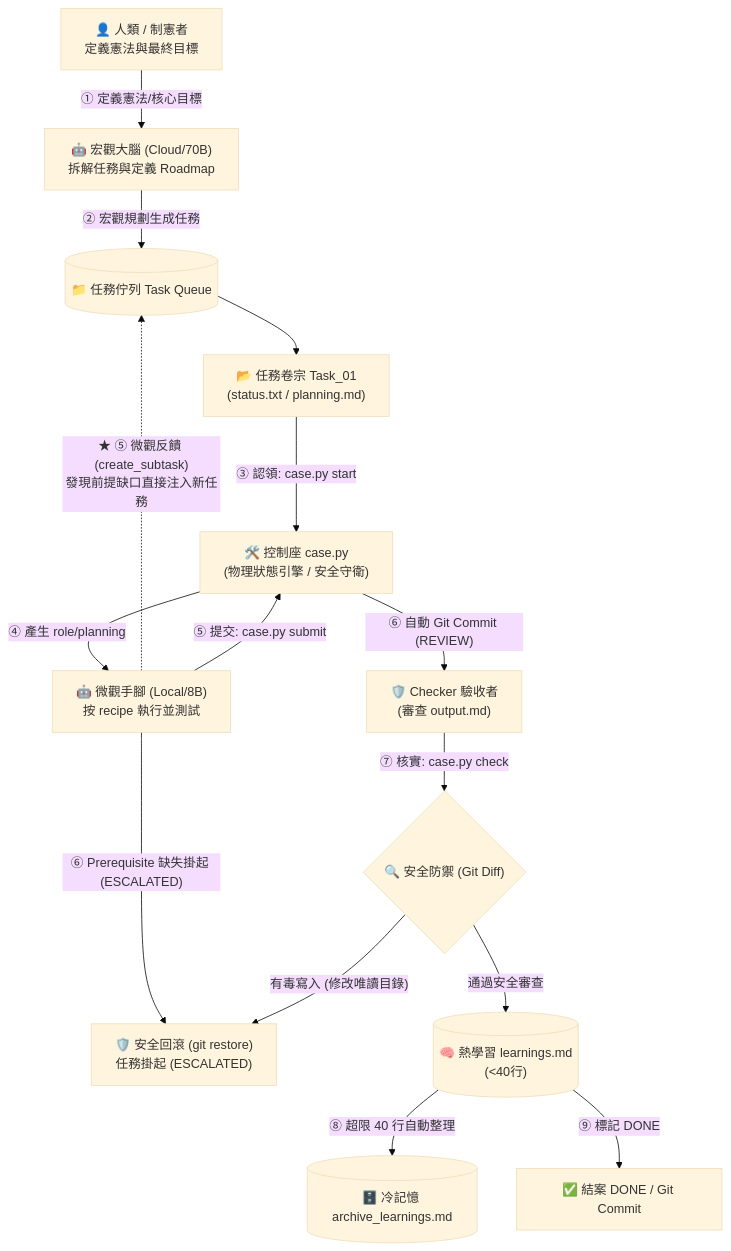
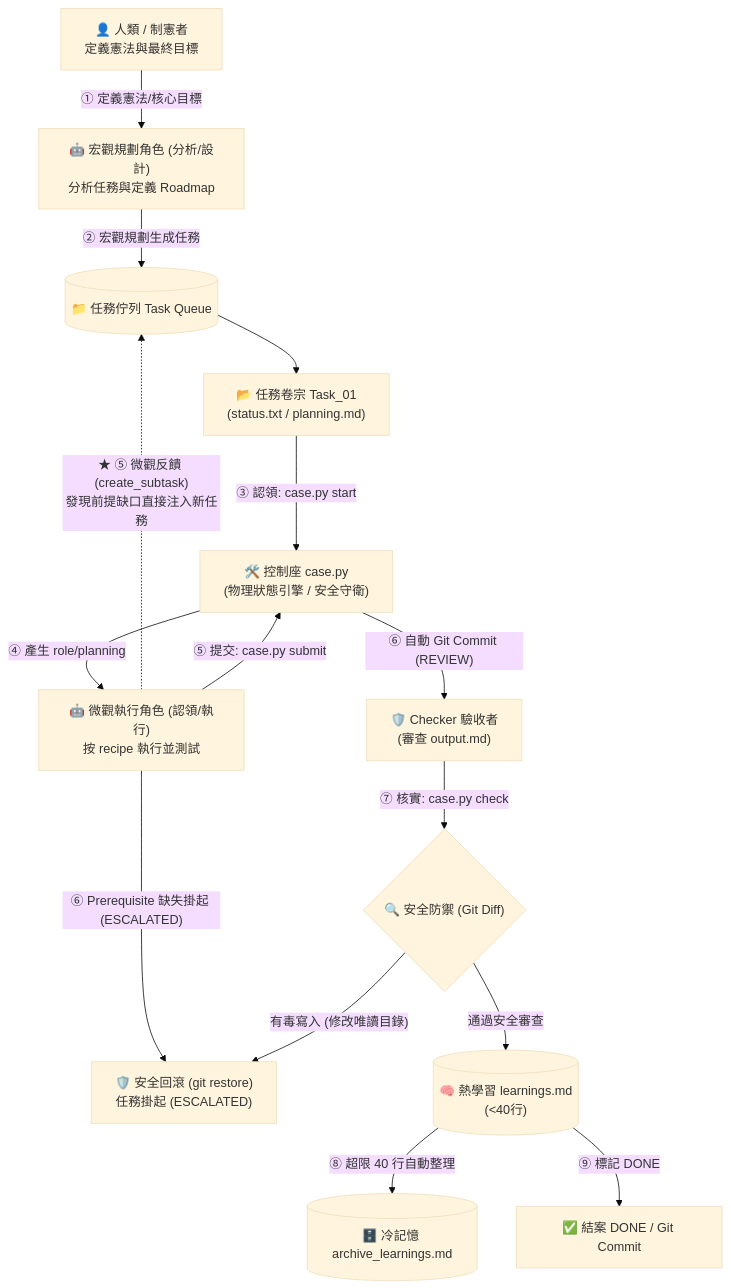
One commit to Chiakai-Chang/Local-Agent-Workspace changed the diagram in C.A.S.E._Framework/README.md. Above: the diagram before and after it, drawn with Mermaid (base theme). The commit also changed other lines of this file and 3 other files, not shown here.

Commit message:
docs: make architecture diagrams and text explanations model-agnostic, parameter-agnostic, and topology-agnostic

````diff
--- a/C.A.S.E._Framework/README.md
+++ b/C.A.S.E._Framework/README.md
@@ -13,47 +13,47 @@
 ```mermaid
 graph TD
     H["👤 人類 / 制憲者<br/>定義憲法與最終目標"]
-    C["🤖 宏觀大腦 (Cloud/70B)<br/>拆解任務與定義 Roadmap"]
+    C["🤖 宏觀規劃角色 (分析/設計)<br/>分析任務與定義 Roadmap"]
     TQ[("📁 任務佇列 Task Queue")]
     T1["📂 任務卷宗 Task_01<br/>(status.txt / planning.md)"]
     
     %% case.py 媒介
     CTRL["🛠️ 控制座 case.py<br/>(物理狀態引擎 / 安全守衛)"]
     
-    LA["🤖 微觀手腳 (Local/8B)<br/>按 recipe 執行並測試"]
+    LA["🤖 微觀執行角色 (認領/執行)<br/>按 recipe 執行並測試"]
     CH["🛡️ Checker 驗收者<br/>(審查 output.md)"]
     
     %% 安全防禦與掛起
     SEC{"🔍 安全防禦 (Git Diff)"}
     REVERT["🛡️ 安全回滾 (git restore)<br/>任務掛起 (ESCALATED)"]
     
     %% 記憶體
     HOT[("🧠 熱學習 learnings.md<br/>(<40行)")]
     COLD[("🗄️ 冷記憶 archive_learnings.md")]
     
     DONE["✅ 結案 DONE / Git Commit"]
-
+ 
     %% 流程線
     H -->|"① 定義憲法/核心目標"| C
     C -->|"② 宏觀規劃生成任務"| TQ
     TQ --> T1
     
     %% Worker 執行與微觀回饋
     T1 -->|"③ 認領: case.py start"| CTRL
     CTRL -->|"④ 產生 role/planning"| LA
     
     LA -.->|"★ ⑤ 微觀反饋 (create_subtask)<br/>發現前提缺口直接注入新任務"| TQ
     LA -->|"⑥ Prerequisite 缺失掛起 (ESCALATED)"| REVERT
     
     LA -->|"⑤ 提交: case.py submit"| CTRL
     CTRL -->|"⑥ 自動 Git Commit (REVIEW)"| CH
     
     %% Checker 與安全
     CH -->|"⑦ 核實: case.py check"| SEC
     SEC -->|"有毒寫入 (修改唯讀目錄)"| REVERT
     SEC -->|"通過安全審查"| HOT
     
     %% 記憶整理與結案
     HOT -->|"⑧ 超限 40 行自動整理"| COLD
     HOT -->|"⑨ 標記 DONE"| DONE
 ```
````
